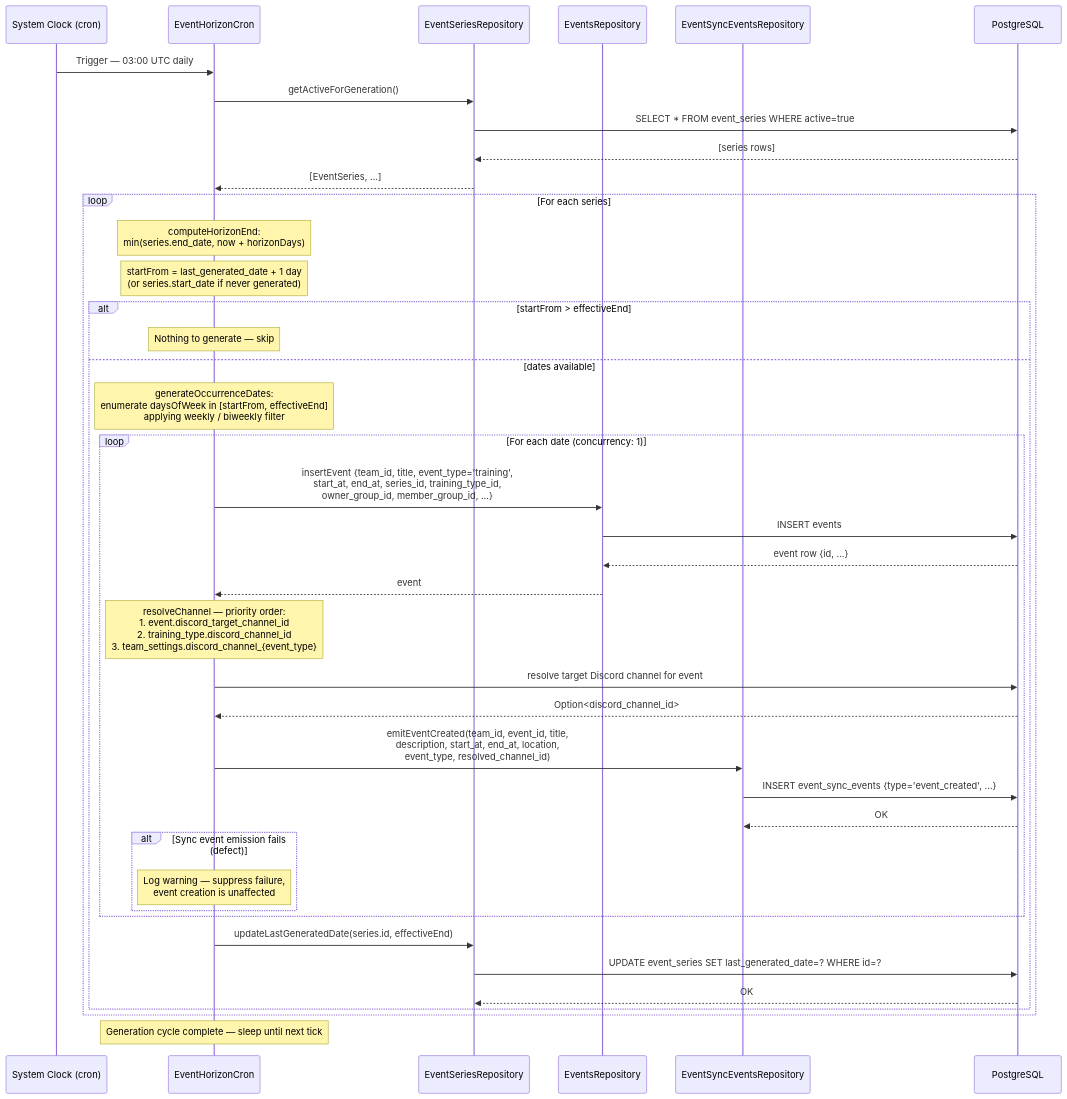
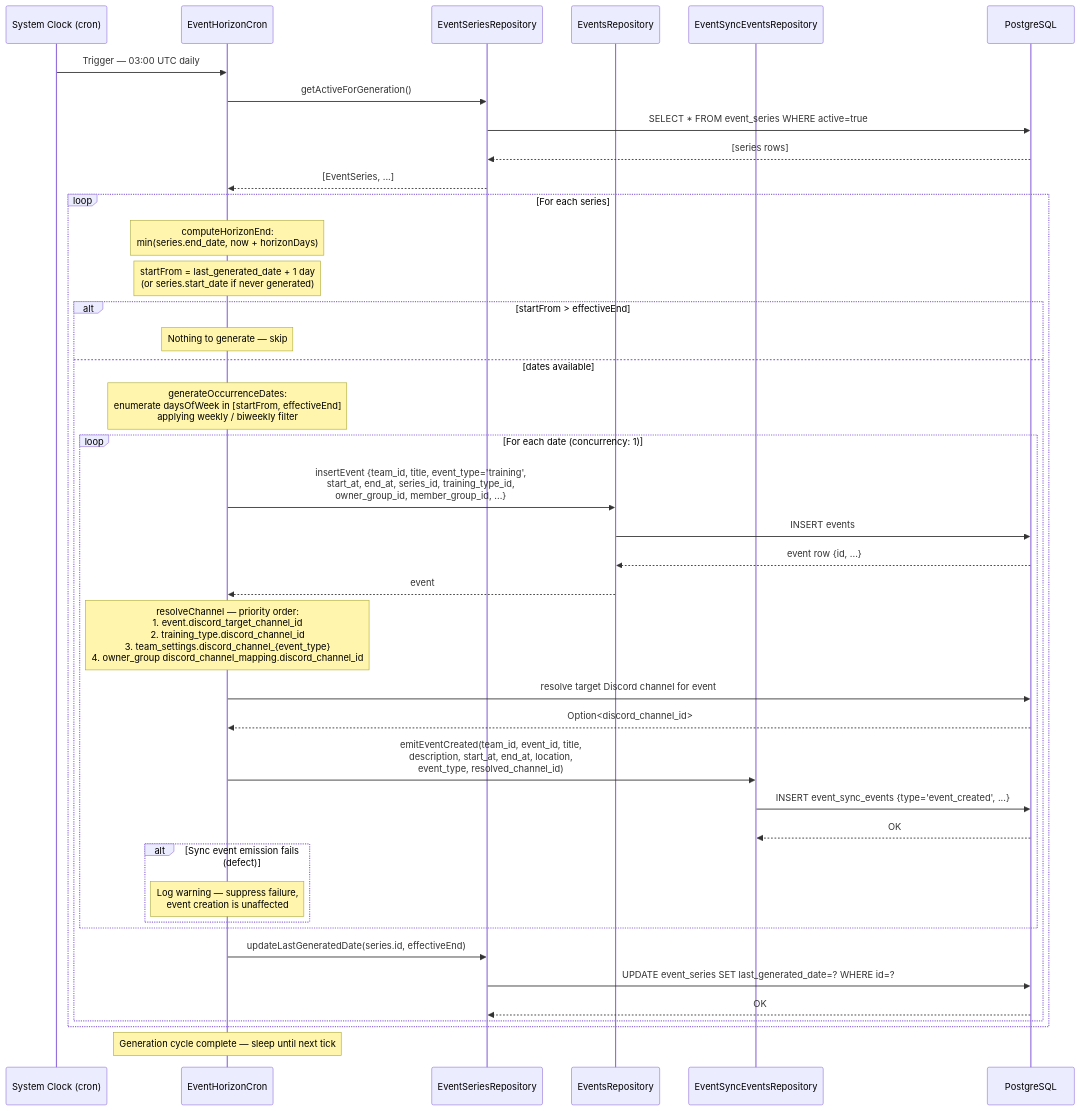
One commit to maxa-ondrej/sideline changed the sixth of 9 diagrams in docs/thesis/sequence-diagrams.md. Above: the diagram before and after it, drawn with Mermaid. The commit also changed 5 other files, not shown here.

First line of the commit message:
fix: resolve event notifications to owner group's Discord channel (#201)

````diff
--- a/docs/thesis/sequence-diagrams.md
+++ b/docs/thesis/sequence-diagrams.md
@@ -338,53 +338,53 @@
 ```mermaid
 sequenceDiagram
     participant Clock as System Clock (cron)
     participant Cron as EventHorizonCron
     participant SeriesRepo as EventSeriesRepository
     participant EventsRepo as EventsRepository
     participant SyncRepo as EventSyncEventsRepository
     participant DB as PostgreSQL
 
     Clock->>Cron: Trigger — 03:00 UTC daily
 
     Cron->>SeriesRepo: getActiveForGeneration()
     SeriesRepo->>DB: SELECT * FROM event_series WHERE active=true
     DB-->>SeriesRepo: [series rows]
     SeriesRepo-->>Cron: [EventSeries, ...]
 
     loop For each series
         Note over Cron: computeHorizonEnd:<br/>min(series.end_date, now + horizonDays)
 
         Note over Cron: startFrom = last_generated_date + 1 day<br/>(or series.start_date if never generated)
 
         alt startFrom > effectiveEnd
             Note over Cron: Nothing to generate — skip
         else dates available
             Note over Cron: generateOccurrenceDates:<br/>enumerate daysOfWeek in [startFrom, effectiveEnd]<br/>applying weekly / biweekly filter
 
             loop For each date (concurrency: 1)
                 Cron->>EventsRepo: insertEvent {team_id, title, event_type='training',<br/>start_at, end_at, series_id, training_type_id,<br/>owner_group_id, member_group_id, ...}
                 EventsRepo->>DB: INSERT events
                 DB-->>EventsRepo: event row {id, ...}
                 EventsRepo-->>Cron: event
 
-                Note over Cron: resolveChannel — priority order:<br/>1. event.discord_target_channel_id<br/>2. training_type.discord_channel_id<br/>3. team_settings.discord_channel_{event_type}
+                Note over Cron: resolveChannel — priority order:<br/>1. event.discord_target_channel_id<br/>2. training_type.discord_channel_id<br/>3. team_settings.discord_channel_{event_type}<br/>4. owner_group discord_channel_mapping.discord_channel_id
                 Cron->>DB: resolve target Discord channel for event
                 DB-->>Cron: Option<discord_channel_id>
 
                 Cron->>SyncRepo: emitEventCreated(team_id, event_id, title,<br/>description, start_at, end_at, location,<br/>event_type, resolved_channel_id)
                 SyncRepo->>DB: INSERT event_sync_events {type='event_created', ...}
                 DB-->>SyncRepo: OK
 
                 alt Sync event emission fails (defect)
                     Note over Cron: Log warning — suppress failure,<br/>event creation is unaffected
                 end
             end
 
             Cron->>SeriesRepo: updateLastGeneratedDate(series.id, effectiveEnd)
             SeriesRepo->>DB: UPDATE event_series SET last_generated_date=? WHERE id=?
             DB-->>SeriesRepo: OK
         end
     end
 
     Note over Cron: Generation cycle complete — sleep until next tick
 ```
````
